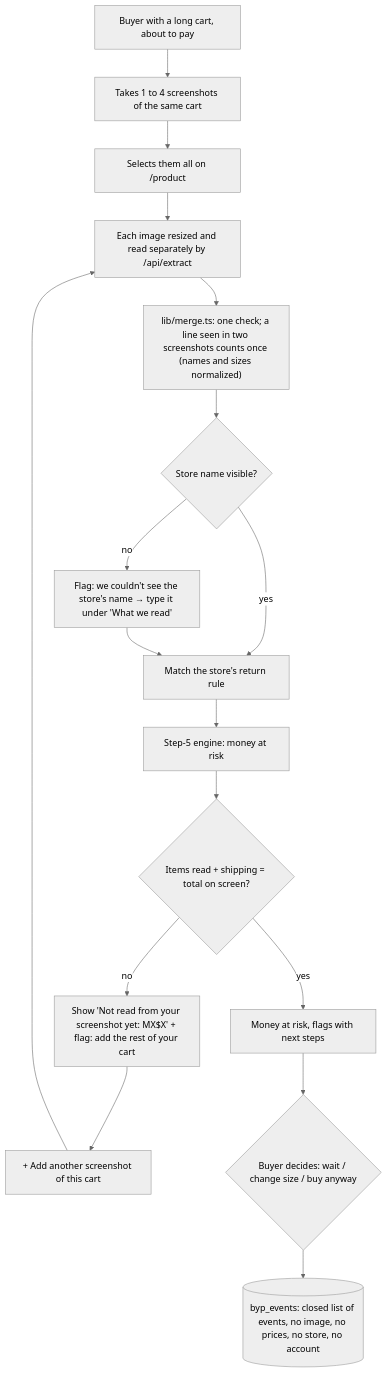
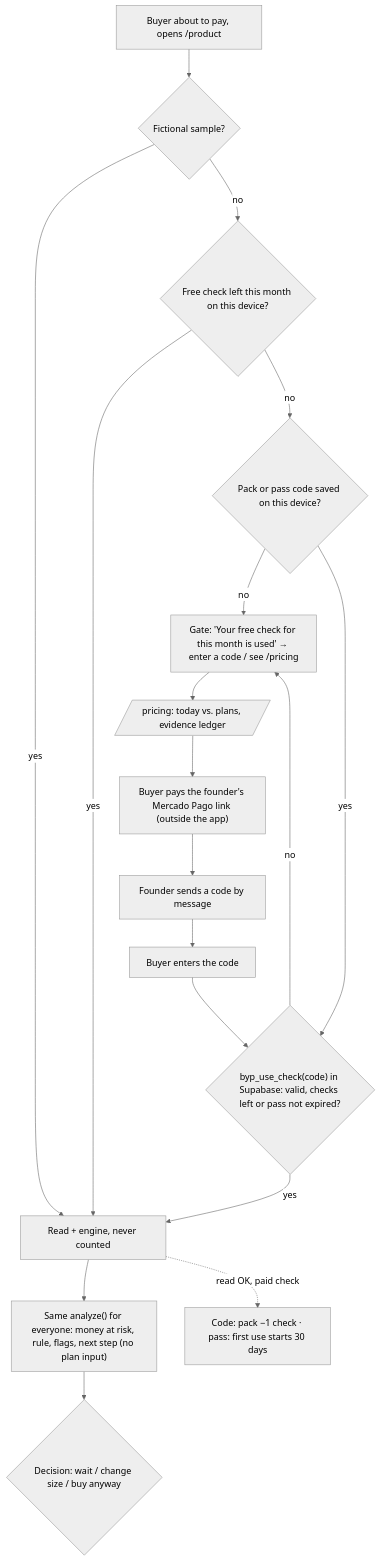
Before and after one commit to KaromBuilds/before-you-pay: the first of 3 diagrams in docs/PACKET.md, drawn with Mermaid (neutral theme). The commit also changed other lines of this file and 5 other files, not shown here.

First line of the commit message:
Week 14 packet before code: pricing problem, segments, image-generated mockup, Mermaid flows and swimlane, test plan; Week 13 packet archived

````diff
--- a/docs/PACKET.md
+++ b/docs/PACKET.md
@@ -33,19 +44,20 @@
 ```mermaid
 flowchart TD
-    A[Buyer with a long cart, about to pay] --> B[Takes 1 to 4 screenshots of the same cart]
-    B --> C[Selects them all on /product]
-    C --> D[Each image resized and read separately by /api/extract]
-    D --> E["lib/merge.ts: one check; a line seen in two screenshots counts once (names and sizes normalized)"]
-    E --> F{Store name visible?}
-    F -- no --> G["Flag: we couldn't see the store's name → type it under 'What we read'"]
-    F -- yes --> H[Match the store's return rule]
-    G --> H
-    H --> I[Step-5 engine: money at risk]
-    I --> J{"Items read + shipping = total on screen?"}
-    J -- no --> K["Show 'Not read from your screenshot yet: MX$X' + flag: add the rest of your cart"]
-    K --> L["+ Add another screenshot of this cart"]
-    L --> D
-    J -- yes --> M[Money at risk, flags with next steps]
-    M --> N{Buyer decides: wait / change size / buy anyway}
-    N --> O[("byp_events: closed list of events, no image, no prices, no store, no account")]
+    A[Buyer about to pay, opens /product] --> B{Fictional sample?}
+    B -- yes --> R[Read + engine, never counted]
+    B -- no --> C{Free check left this month on this device?}
+    C -- yes --> R
+    C -- no --> D{Pack or pass code saved on this device?}
+    D -- no --> G["Gate: 'Your free check for this month is used' → enter a code / see /pricing"]
+    G --> P[/pricing: today vs. plans, evidence ledger/]
+    P --> MP["Buyer pays the founder's Mercado Pago link (outside the app)"]
+    MP --> F[Founder sends a code by message]
+    F --> E[Buyer enters the code]
+    E --> V{"byp_use_check(code) in Supabase: valid, checks left or pass not expired?"}
+    D -- yes --> V
+    V -- no --> G
+    V -- yes --> R
+    R --> S["Same analyze() for everyone: money at risk, rule, flags, next step (no plan input)"]
+    S --> T{Decision: wait / change size / buy anyway}
+    R -. read OK, paid check .-> U["Code: pack −1 check · pass: first use starts 30 days"]
 ```
````
